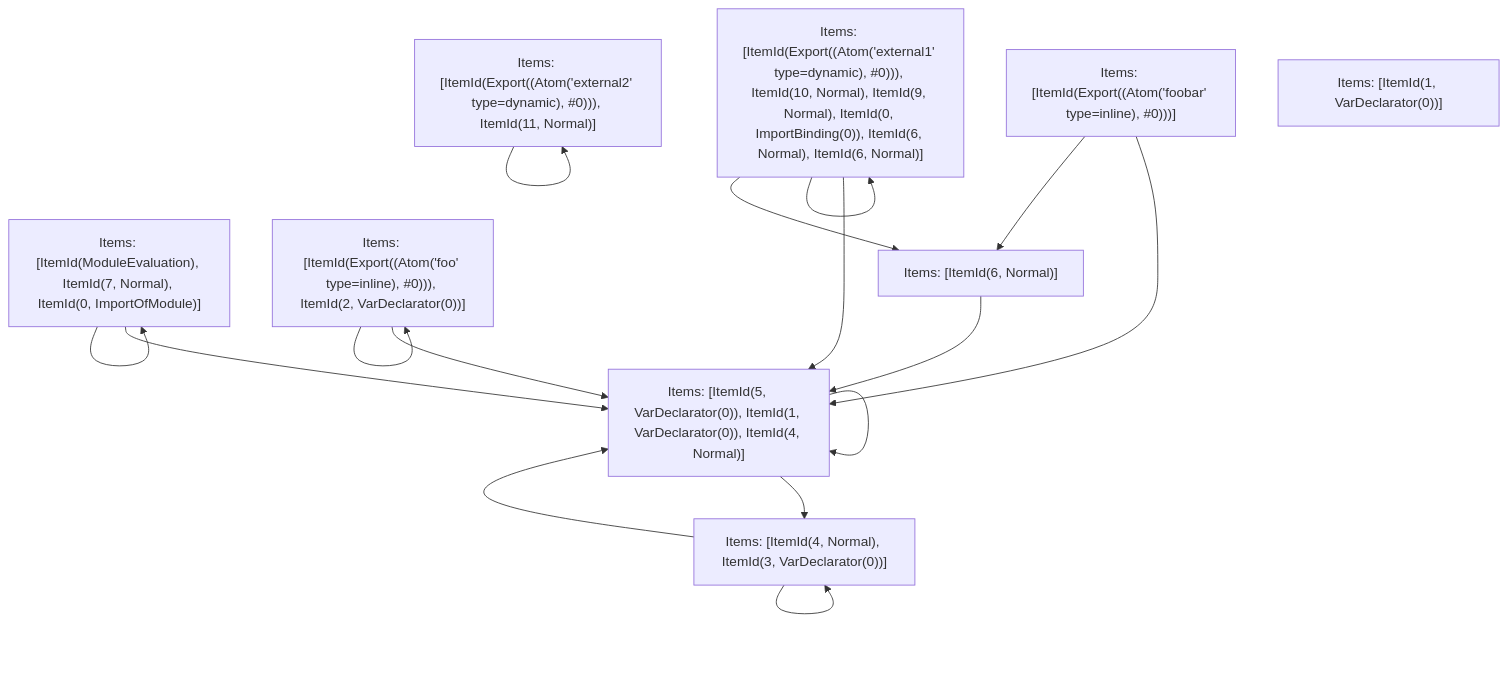
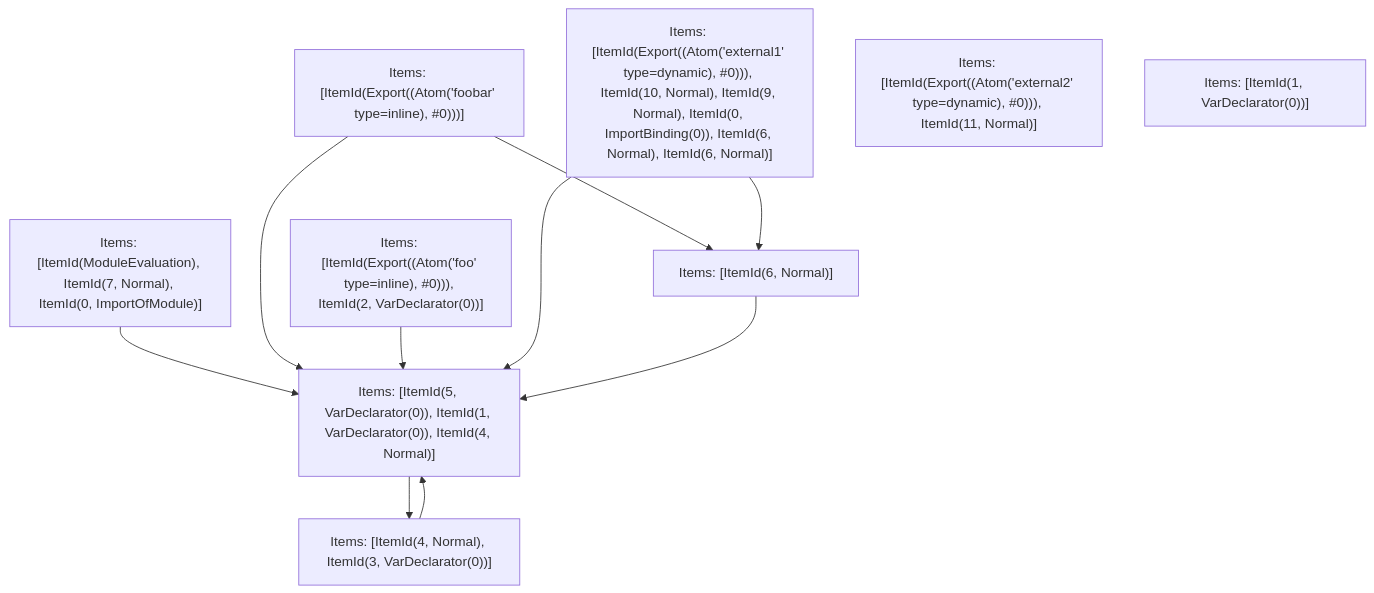
One commit to vercel/turborepo changed the fifth of 5 diagrams in crates/turbopack-ecmascript/tests/tree-shaker/analyzer/1/output.md. Above: the diagram before and after it, drawn with Mermaid. The commit also changed 3 other files, not shown here.

````diff
--- a/crates/turbopack-ecmascript/tests/tree-shaker/analyzer/1/output.md
+++ b/crates/turbopack-ecmascript/tests/tree-shaker/analyzer/1/output.md
@@ -351,27 +351,21 @@
 ```mermaid
 graph TD
     N0["Items: [ItemId(ModuleEvaluation), ItemId(7, Normal), ItemId(0, ImportOfModule)]"];
     N1["Items: [ItemId(Export((Atom('foobar' type=inline), #0)))]"];
     N2["Items: [ItemId(Export((Atom('foo' type=inline), #0))), ItemId(2, VarDeclarator(0))]"];
     N3["Items: [ItemId(Export((Atom('external1' type=dynamic), #0))), ItemId(10, Normal), ItemId(9, Normal), ItemId(0, ImportBinding(0)), ItemId(6, Normal), ItemId(6, Normal)]"];
     N4["Items: [ItemId(Export((Atom('external2' type=dynamic), #0))), ItemId(11, Normal)]"];
     N5["Items: [ItemId(1, VarDeclarator(0))]"];
     N6["Items: [ItemId(4, Normal), ItemId(3, VarDeclarator(0))]"];
     N7["Items: [ItemId(5, VarDeclarator(0)), ItemId(1, VarDeclarator(0)), ItemId(4, Normal)]"];
     N8["Items: [ItemId(6, Normal)]"];
-    N0 --> N0;
     N0 --> N7;
     N1 --> N7;
     N1 --> N8;
-    N2 --> N2;
     N2 --> N7;
-    N3 --> N3;
     N3 --> N7;
     N3 --> N8;
-    N4 --> N4;
-    N6 --> N6;
     N6 --> N7;
-    N7 --> N7;
     N7 --> N6;
     N8 --> N7;
 ```
````
